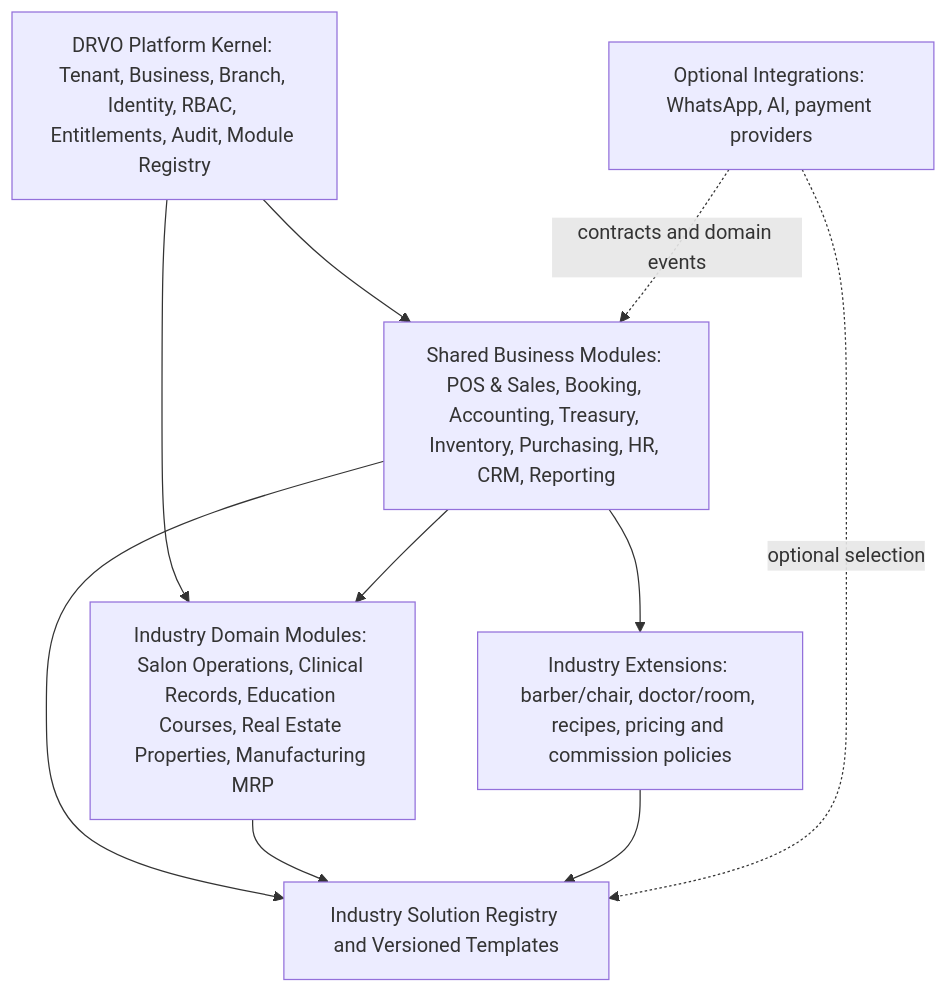
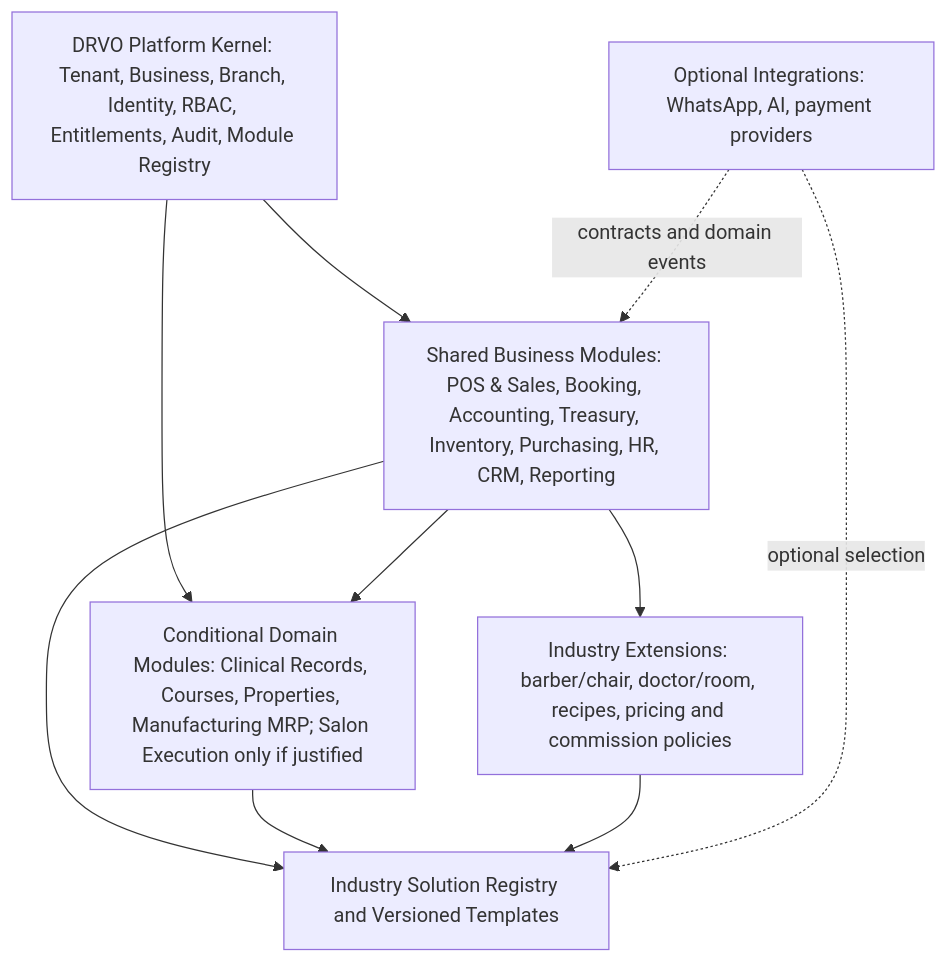
One commit to tarek-saad-dev/drvo-erp changed the diagram in docs/02-architecture/INDUSTRY-SOLUTIONS-ARCHITECTURE.md. Above: the diagram before and after it, drawn with Mermaid. The commit also changed other lines of this file, not shown here.

Commit message:
docs: sync accepted conditional domain module boundaries across architecture

````diff
--- a/docs/02-architecture/INDUSTRY-SOLUTIONS-ARCHITECTURE.md
+++ b/docs/02-architecture/INDUSTRY-SOLUTIONS-ARCHITECTURE.md
@@ -9,18 +9,18 @@
 ```mermaid
 flowchart TB
   P[DRVO Platform Kernel: Tenant, Business, Branch, Identity, RBAC, Entitlements, Audit, Module Registry]
   S[Shared Business Modules: POS & Sales, Booking, Accounting, Treasury, Inventory, Purchasing, HR, CRM, Reporting]
-  D[Industry Domain Modules: Salon Operations, Clinical Records, Education Courses, Real Estate Properties, Manufacturing MRP]
+  D[Conditional Domain Modules: Clinical Records, Courses, Properties, Manufacturing MRP; Salon Execution only if justified]
   E[Industry Extensions: barber/chair, doctor/room, recipes, pricing and commission policies]
   X[Optional Integrations: WhatsApp, AI, payment providers]
   I[Industry Solution Registry and Versioned Templates]
   P --> S
   S --> E
   P --> D
   S --> D
   X -. contracts and domain events .-> S
   S --> I
   D --> I
   E --> I
   X -. optional selection .-> I
 ```
````
